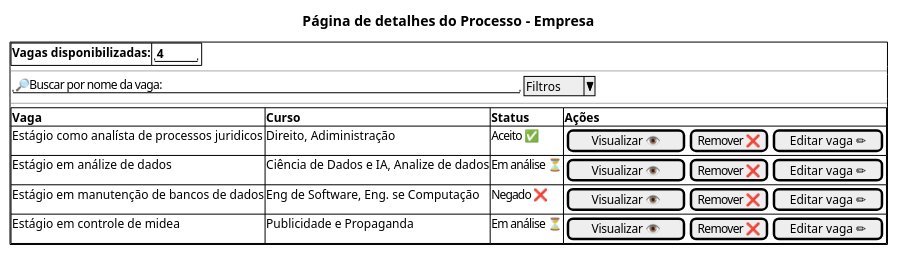
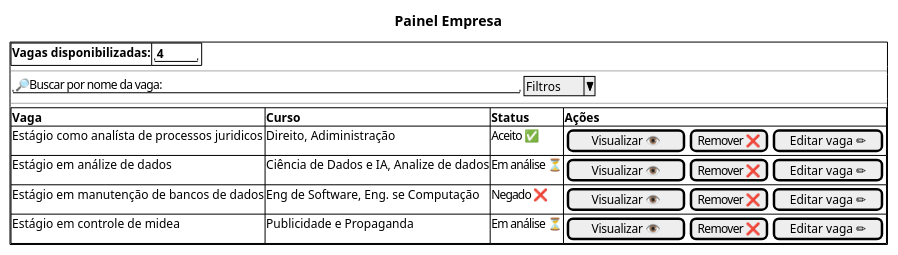
Before and after one commit to Projetos-de-Extensao/PBE_26.1_8002_I: the fourth of 9 diagrams in docs/Iniciacao/prototipo_baixa_fidelidade.md, drawn with PlantUML.

Commit message:
Adequações

````diff
--- a/docs/Iniciacao/prototipo_baixa_fidelidade.md
+++ b/docs/Iniciacao/prototipo_baixa_fidelidade.md
@@ -118,23 +118,23 @@
 ```plantuml
 @startsalt
-title Página de detalhes do Processo - Empresa
+title Painel Empresa
 {
   {+       
     {# **Vagas disponibilizadas:** { "**4**" }}
    --
     {
        "🔎Buscar por nome da vaga:                                     "|^Filtros^
     }
     --
     
     {# 
       **Vaga**| **Curso** | **Status** | **Ações**
       Estágio como analísta de processos juridicos | Direito, Adiministração | Aceito ✅ |{[Visualizar 👁️] | [Remover ❌] | [Editar vaga ✏]}
       Estágio em análize de dados |  Ciência de Dados e IA, Analize de dados | Em análise ⏳ |{[Visualizar 👁️] | [Remover ❌] | [Editar vaga ✏]}
       Estágio em manutenção de bancos de dados |Eng de Software, Eng. se Computação | Negado ❌ |{[Visualizar 👁️] | [Remover ❌] | [Editar vaga ✏]}
       Estágio em controle de midea | Publicidade e Propaganda| Em análise ⏳ |{[Visualizar 👁️] | [Remover ❌] | [Editar vaga ✏]}
     }
 }
 }
 @endsalt
 ```
````
